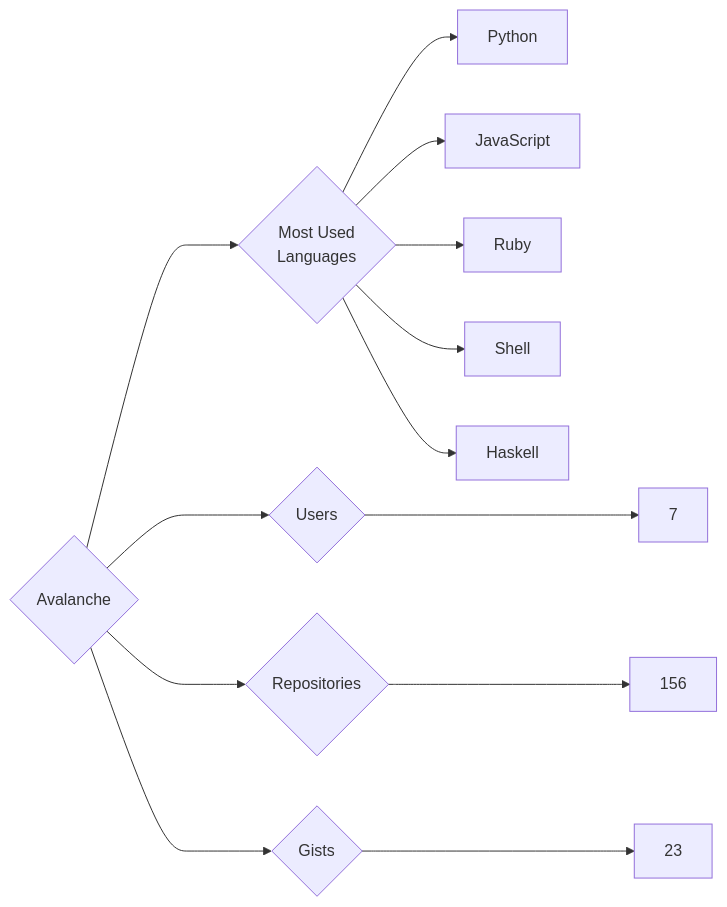
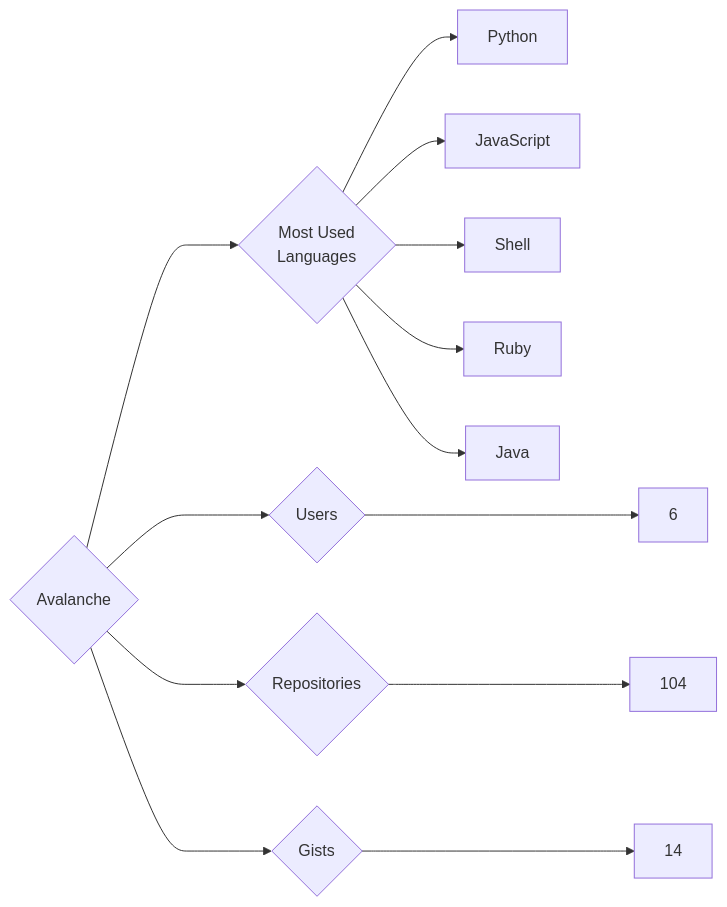
The diagram in targets/Avalanche/README.md (trickest/insiders), drawn with Mermaid before and after one commit. The commit also changed 857 other files, not shown here.

````diff
--- a/targets/Avalanche/README.md
+++ b/targets/Avalanche/README.md
@@ -3,13 +3,13 @@
 ```mermaid
 graph LR
 COMPANY_NAME{Avalanche}
-COMPANY_NAME ---> U{Users} ---> UN[7]
-COMPANY_NAME ---> R{Repositories} ---> RN[156]
-COMPANY_NAME ---> G{Gists} ---> GN[23]
+COMPANY_NAME ---> U{Users} ---> UN[6]
+COMPANY_NAME ---> R{Repositories} ---> RN[104]
+COMPANY_NAME ---> G{Gists} ---> GN[14]
 COMPANY_NAME ---> ML{Most Used<br>Languages}
 ML --> Python[Python]
 ML --> JavaScript[JavaScript]
+ML --> Shell[Shell]
 ML --> Ruby[Ruby]
-ML --> Shell[Shell]
-ML --> Haskell[Haskell]
+ML --> Java[Java]
 ```
````
